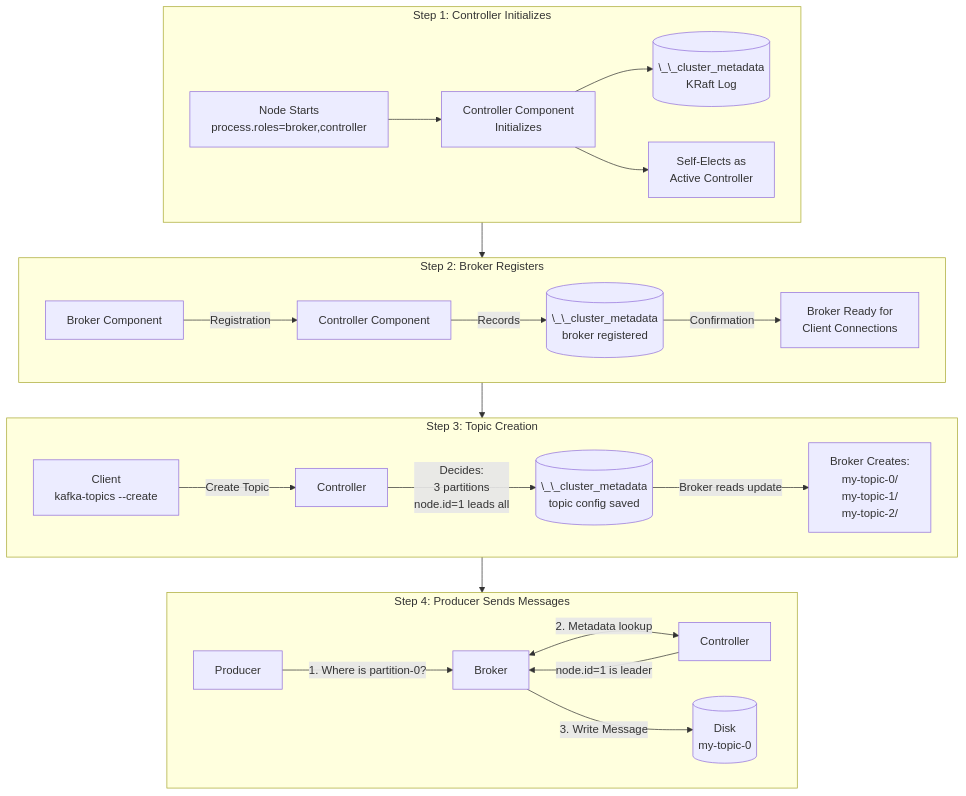
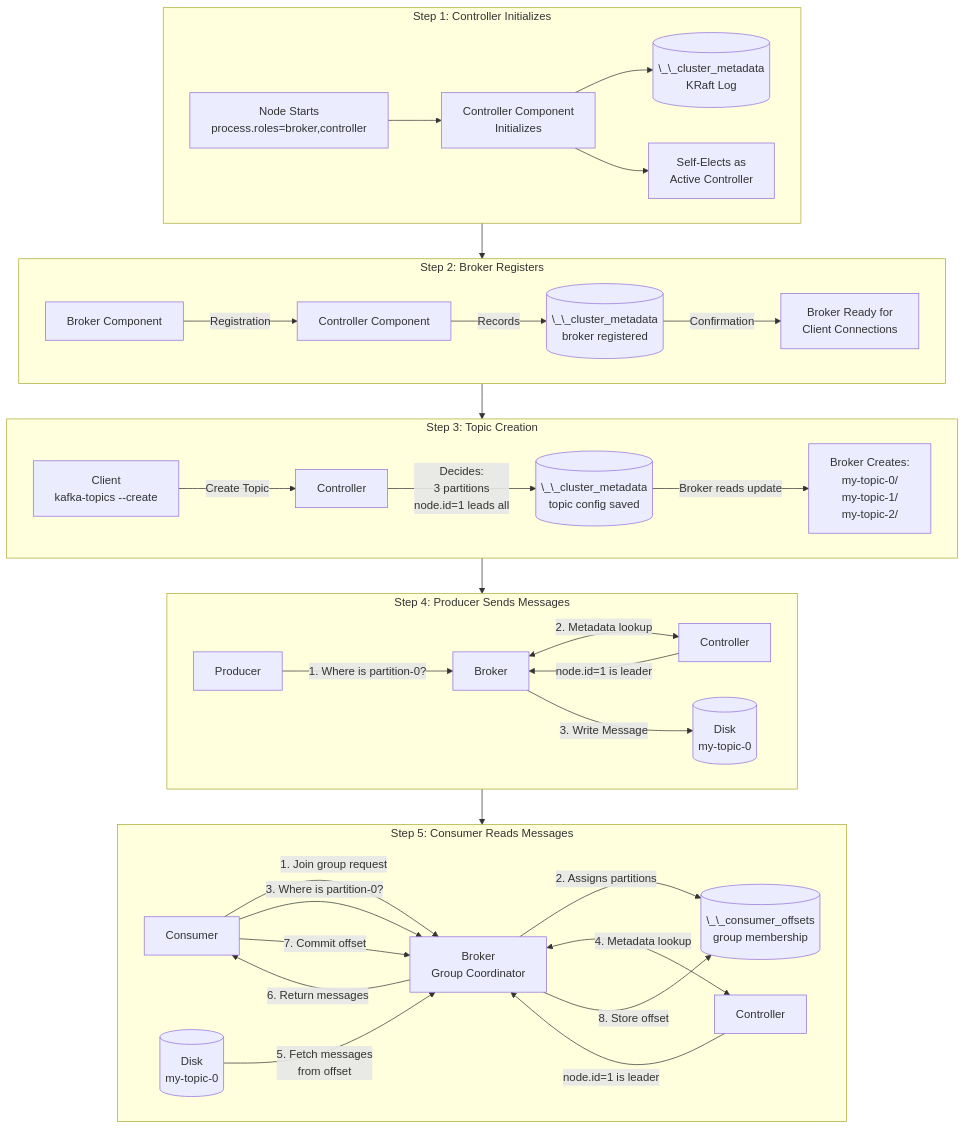
The diagram in docs/kraft-single-broker-flow.mmd (dilipsundarraj1/kafka-for-developers-using-spring-boot-v2), drawn with Mermaid before and after one commit. The commit also changed 1 other file, not shown here.

Commit message:
added the consumer flow

```diff
--- a/docs/kraft-single-broker-flow.mmd
+++ b/docs/kraft-single-broker-flow.mmd
@@ -1,29 +1,42 @@
 flowchart TB
     subgraph step1["Step 1: Controller Initializes"]
         A[Node Starts<br/>process.roles=broker,controller] --> B[Controller Component<br/>Initializes]
         B --> C[(\_\_cluster_metadata<br/>KRaft Log)]
         B --> D[Self-Elects as<br/>Active Controller]
     end
 
     subgraph step2["Step 2: Broker Registers"]
         E[Broker Component] -->|Registration| F[Controller Component]
         F -->|Records| G[(\_\_cluster_metadata<br/>broker registered)]
         G -->|Confirmation| H[Broker Ready for<br/>Client Connections]
     end
 
     subgraph step3["Step 3: Topic Creation"]
         I[Client<br/>kafka-topics --create] -->|Create Topic| J[Controller]
         J -->|Decides:<br/>3 partitions<br/>node.id=1 leads all| K[(\_\_cluster_metadata<br/>topic config saved)]
         K -->|Broker reads update| L[Broker Creates:<br/>my-topic-0/<br/>my-topic-1/<br/>my-topic-2/]
     end
 
     subgraph step4["Step 4: Producer Sends Messages"]
         M[Producer] -->|1. Where is partition-0?| N[Broker]
         N <-->|2. Metadata lookup| O[Controller]
         O -->|node.id=1 is leader| N
         N -->|3. Write Message| P[(Disk<br/>my-topic-0)]
     end
 
+    subgraph step5["Step 5: Consumer Reads Messages"]
+        Q[Consumer] -->|1. Join group request| R[Broker<br/>Group Coordinator]
+        R -->|2. Assigns partitions| S[(\_\_consumer_offsets<br/>group membership)]
+        Q -->|3. Where is partition-0?| R
+        R <-->|4. Metadata lookup| T[Controller]
+        T -->|node.id=1 is leader| R
+        U[(Disk<br/>my-topic-0)] -->|5. Fetch messages<br/>from offset| R
+        R -->|6. Return messages| Q
+        Q -->|7. Commit offset| R
+        R -->|8. Store offset| S
+    end
+
     step1 --> step2
     step2 --> step3
     step3 --> step4
+    step4 --> step5
```
